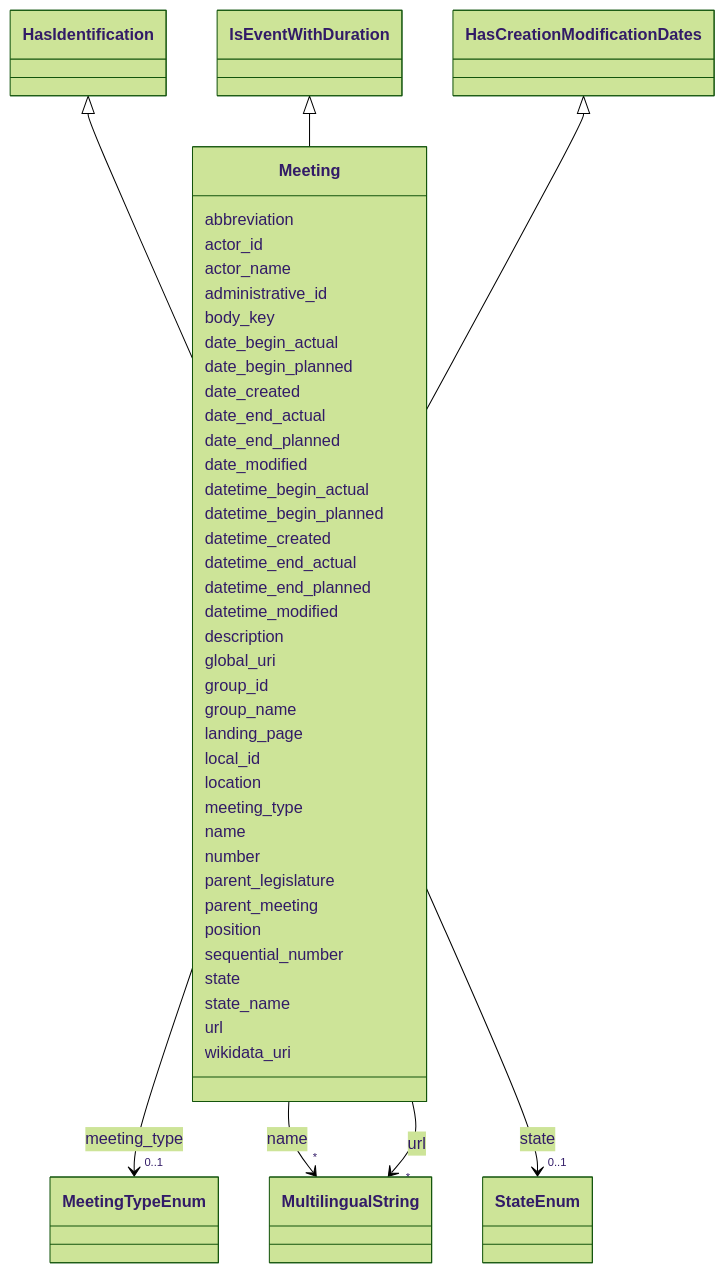
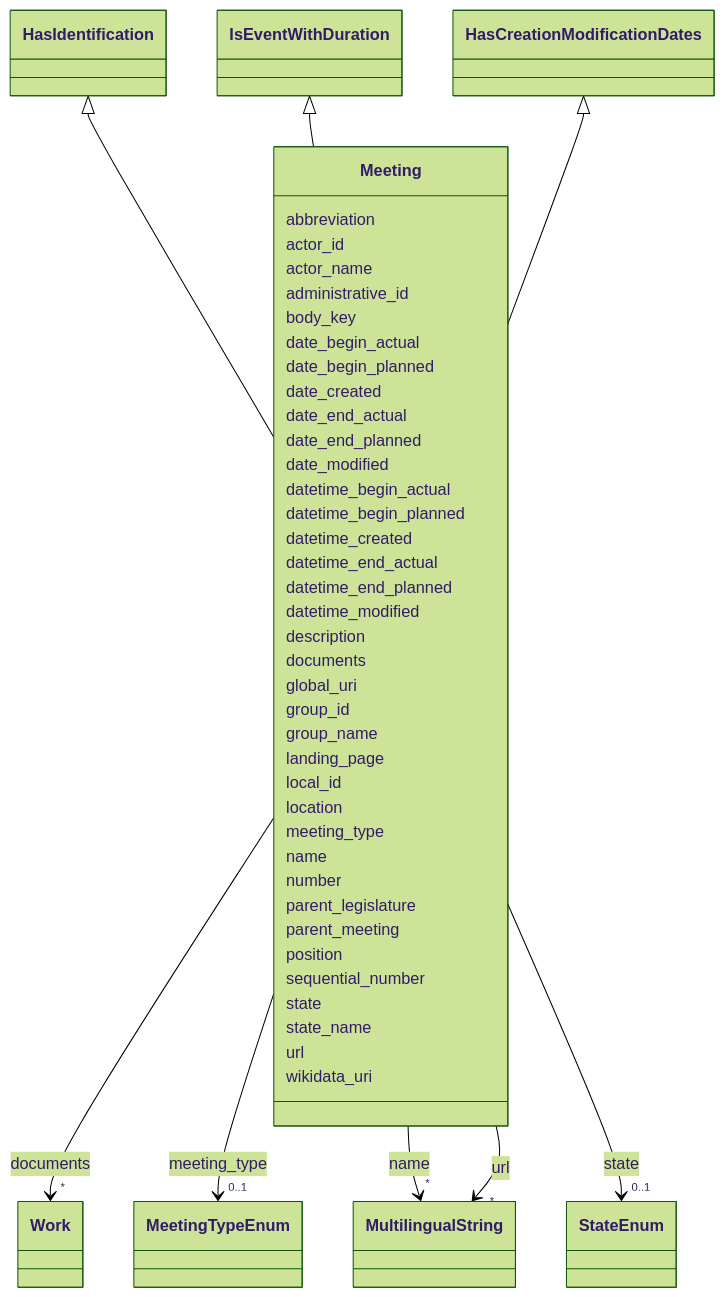
The diagram in ech-0293_operations/output/docs/Meeting.md (swiss/political-affairs-ech-group), drawn with Mermaid (forest theme) before and after one commit. The commit also changed other lines of this file and 87 other files, not shown here.

```diff
--- a/ech-0293_operations/output/docs/Meeting.md
+++ b/ech-0293_operations/output/docs/Meeting.md
@@ -65,6 +65,17 @@
       Meeting : datetime_modified
         
       Meeting : description
+        
+      Meeting : documents
+        
+          
+    
+        
+        
+        Meeting --> "*" Work : documents
+        click Work href "../Work/"
+    
+
         
       Meeting : global_uri
         
```
